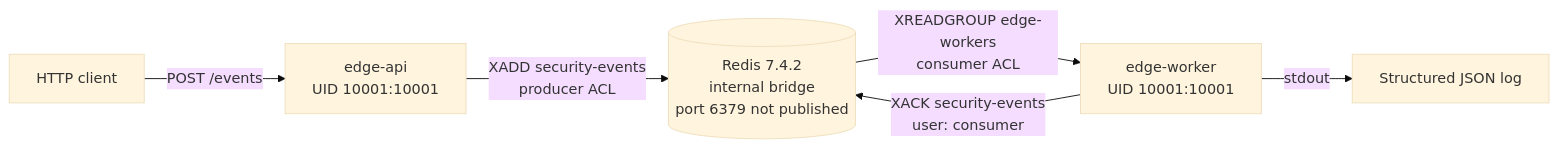
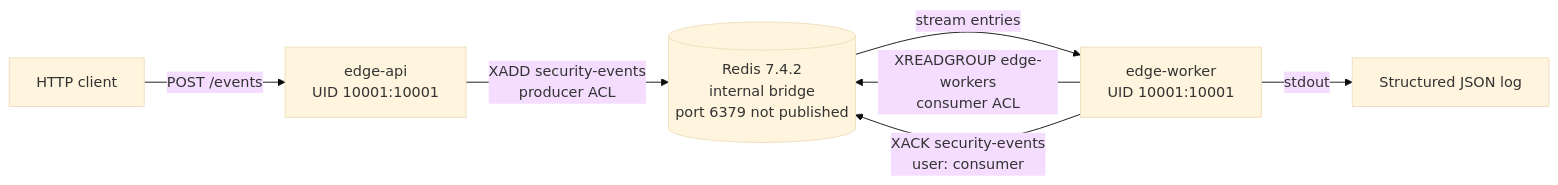
The first of 2 diagrams in docs/redis-security.md (dedsec-terminal/KubeSentinel), drawn with Mermaid (base theme) before and after one commit. The commit also changed 14 other files, not shown here.

Commit message:
docs: refine project terminology and architecture accuracy

````diff
--- a/docs/redis-security.md
+++ b/docs/redis-security.md
@@ -7,8 +7,9 @@
 ```mermaid
 flowchart LR
     Client["HTTP client"] -->|POST /events| API["edge-api<br/>UID 10001:10001"]
     API -->|XADD security-events<br/>producer ACL| R[("Redis 7.4.2<br/>internal bridge<br/>port 6379 not published")]
-    R -->|XREADGROUP edge-workers<br/>consumer ACL| W["edge-worker<br/>UID 10001:10001"]
+    W -->|XREADGROUP edge-workers<br/>consumer ACL| R
+    R -->|stream entries| W["edge-worker<br/>UID 10001:10001"]
     W -->|stdout| Log["Structured JSON log"]
     W -->|XACK security-events\nuser: consumer| R
 ```
````
